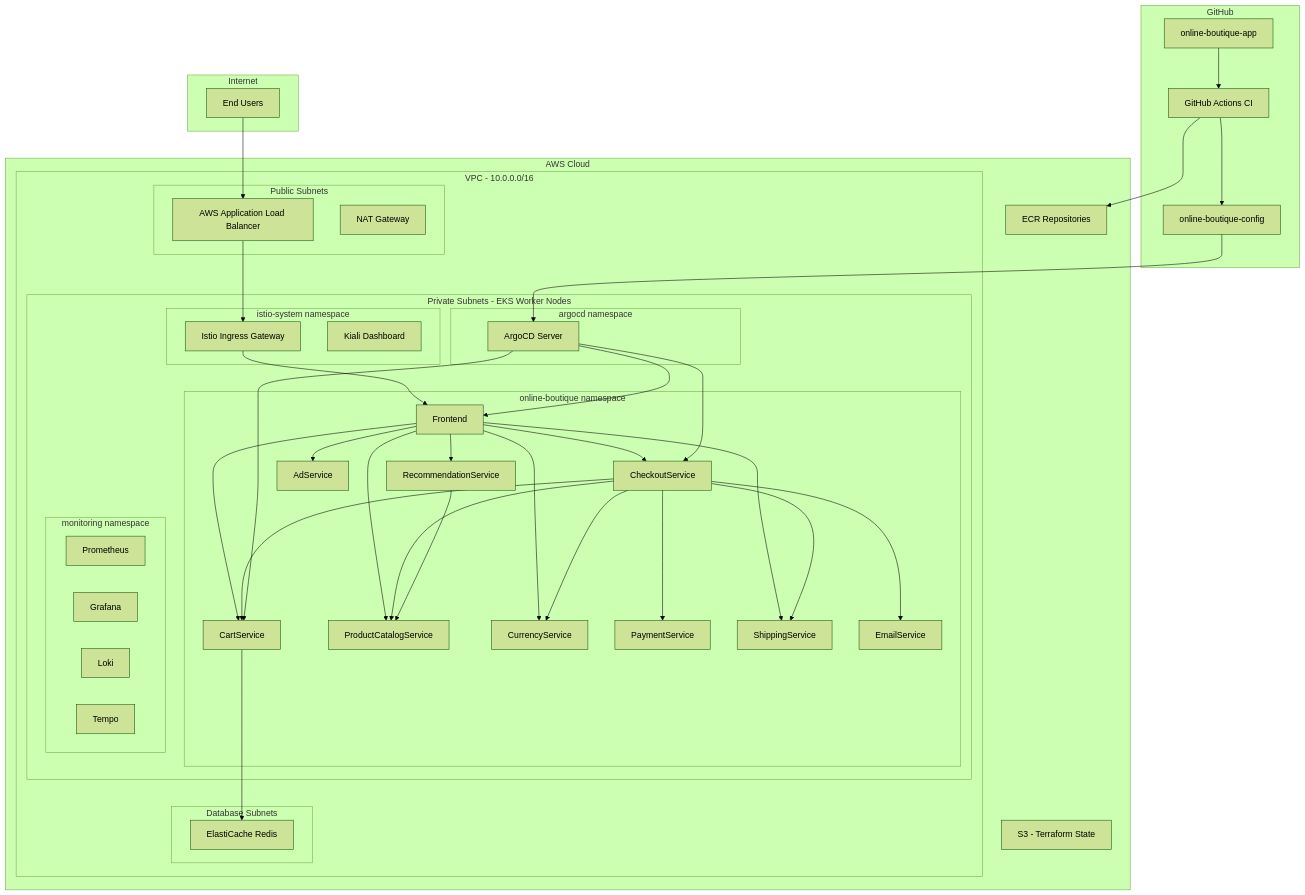
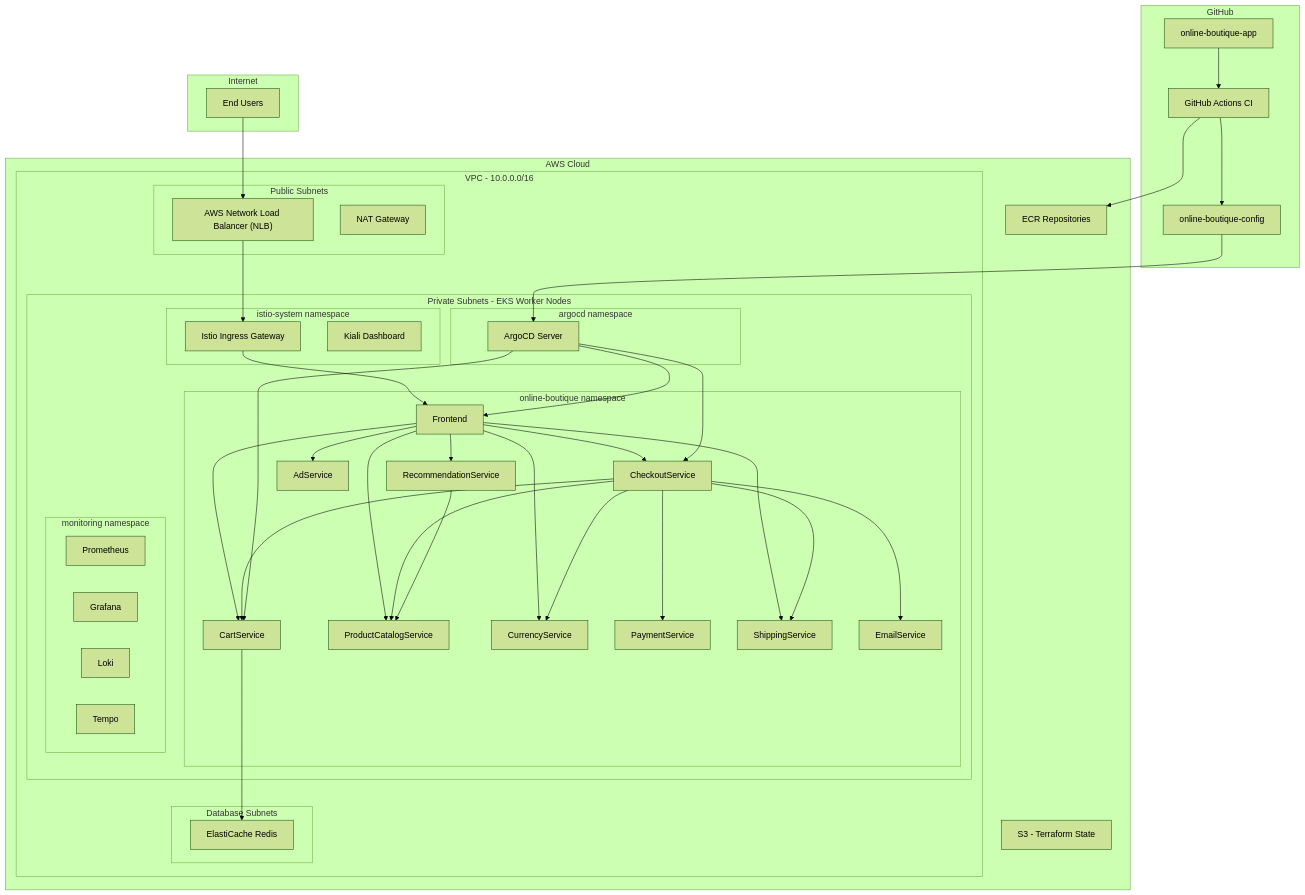
One commit to online-boutique-application-demo/online-boutique-app changed the first of 10 diagrams in devops/architecture.md. Above: the diagram before and after it, drawn with Mermaid (forest theme). The commit also changed other lines of this file and 35 other files, not shown here.

````diff
--- a/devops/architecture.md
+++ b/devops/architecture.md
@@ -15,70 +15,70 @@
 ```mermaid
 graph TB
     subgraph "Internet"
         USER[End Users]
     end
 
     subgraph "AWS Cloud"
         subgraph "VPC - 10.0.0.0/16"
             subgraph "Public Subnets"
-                ALB[AWS Application Load Balancer]
+                NLB["AWS Network Load Balancer (NLB)"]
                 NAT[NAT Gateway]
             end
 
             subgraph "Private Subnets - EKS Worker Nodes"
                 subgraph "istio-system namespace"
                     IGW[Istio Ingress Gateway]
                     KIALI[Kiali Dashboard]
                 end
 
                 subgraph "online-boutique namespace"
                     FE[Frontend]
                     CART[CartService]
                     CHECKOUT[CheckoutService]
                     PRODUCT[ProductCatalogService]
                     CURRENCY[CurrencyService]
                     PAYMENT[PaymentService]
                     SHIPPING[ShippingService]
                     EMAIL[EmailService]
                     REC[RecommendationService]
                     AD[AdService]
                 end
 
                 subgraph "monitoring namespace"
                     PROM[Prometheus]
                     GRAF[Grafana]
                     LOKI[Loki]
                     TEMPO[Tempo]
                 end
 
                 subgraph "argocd namespace"
                     ARGO[ArgoCD Server]
                 end
             end
 
             subgraph "Database Subnets"
                 REDIS[ElastiCache Redis]
             end
         end
 
         ECR[ECR Repositories]
         S3[S3 - Terraform State]
     end
 
     subgraph "GitHub"
         REPO_APP[online-boutique-app]
         REPO_CFG[online-boutique-config]
         GHA[GitHub Actions CI]
     end
 
-    USER --> ALB --> IGW --> FE
+    USER --> NLB --> IGW --> FE
     FE --> CHECKOUT & PRODUCT & CURRENCY & CART & REC & AD & SHIPPING
     CHECKOUT --> PAYMENT & SHIPPING & EMAIL & CART & CURRENCY & PRODUCT
     REC --> PRODUCT
     CART --> REDIS
 
     REPO_APP --> GHA --> ECR
     GHA --> REPO_CFG
     REPO_CFG --> ARGO
     ARGO --> FE & CART & CHECKOUT
 ```
````
